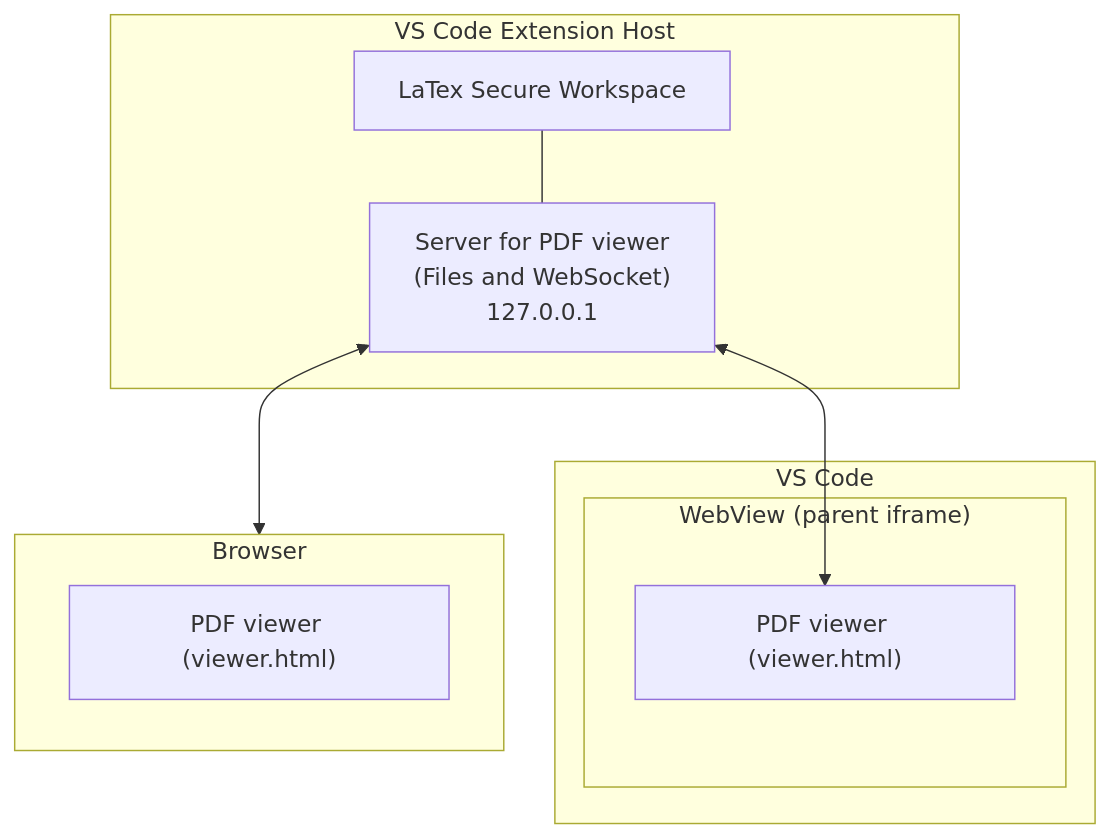
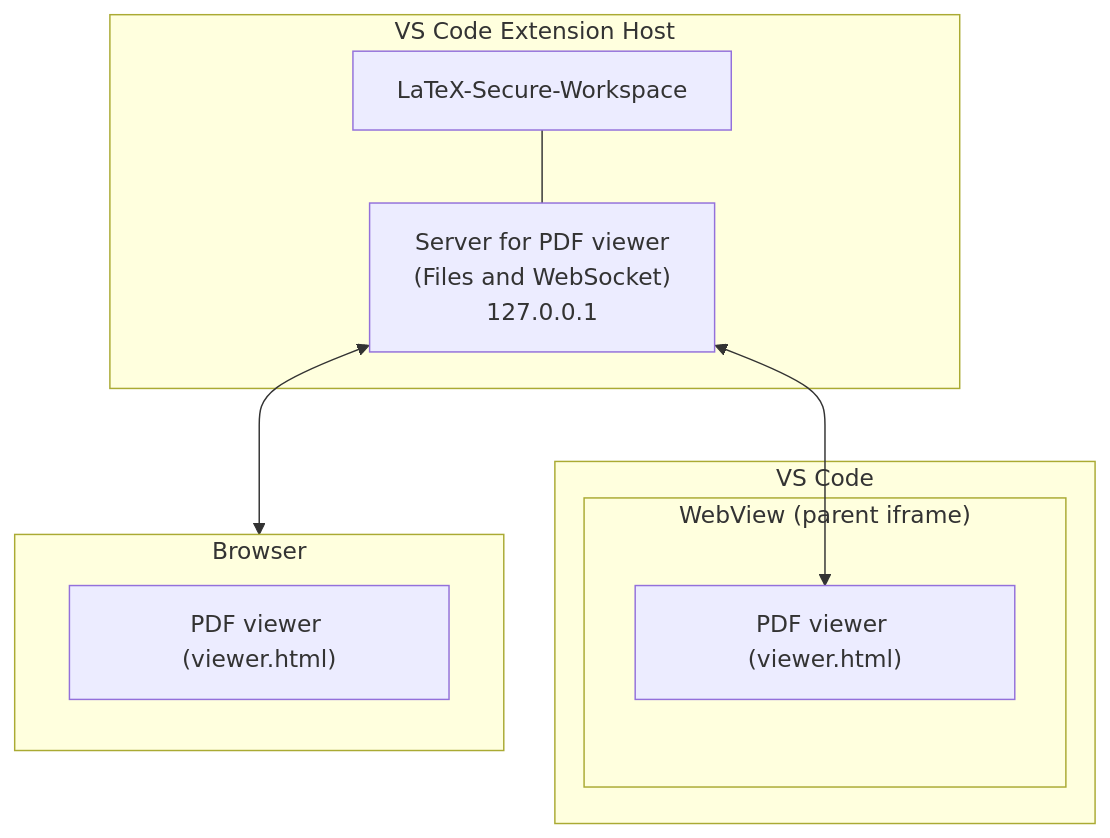
Before and after one commit to James-Yu/LaTeX-Workshop: the first of 10 diagrams in viewer/README.md, drawn with Mermaid. The commit also changed other lines of this file and 29 other files, not shown here.

Commit message:
chore: align branding with LaTeX-Secure-Workspace

````diff
--- a/viewer/README.md
+++ b/viewer/README.md
@@ -47,18 +47,18 @@
 ```mermaid
 flowchart TB
   subgraph ExtensionHost["VS Code Extension Host"]
-    LW["LaTex Secure Workspace"]
+    LW["LaTeX-Secure-Workspace"]
     Server["Server for PDF viewer \n(Files and WebSocket)\n127.0.0.1"]
     LW --- Server
   end
   subgraph VSCode["VS Code"]
     subgraph WebView["WebView (parent iframe)"]
       PDFViewer["PDF viewer (viewer.html)"]
     end
   end
   Server <--> PDFViewer
   Server <--> Browser
   subgraph Browser
     PDFViewerB["PDF viewer (viewer.html)"]
   end
 ```
````
